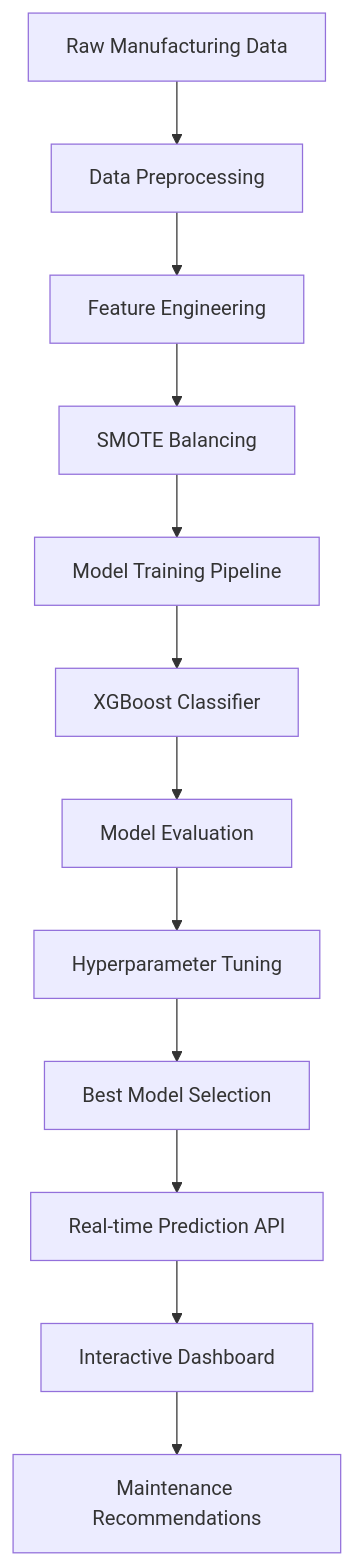
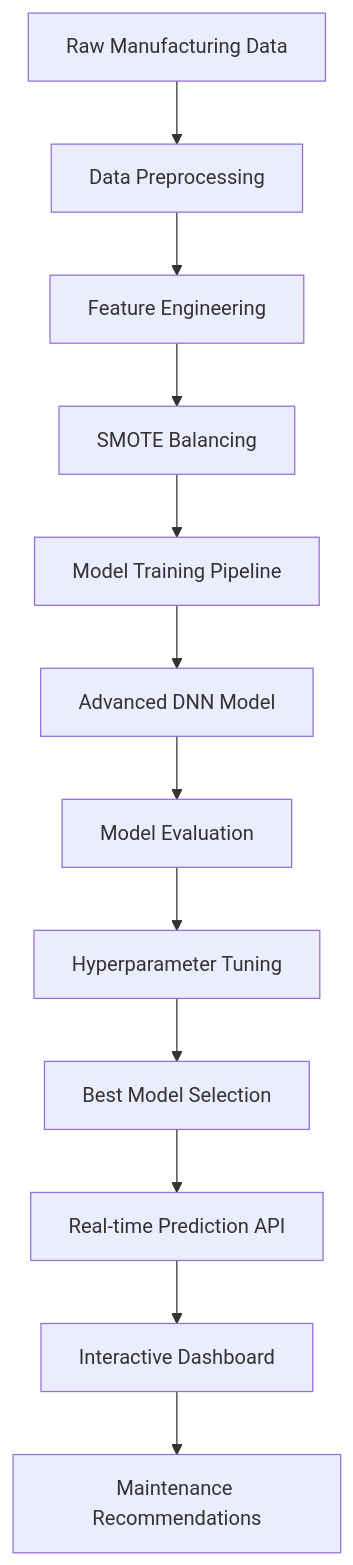
Before and after one commit to Ananddd06/PredictiveMaintenance_AIStudy: the first of 2 diagrams in README.md, drawn with Mermaid. The commit also changed other lines of this file and 9 other files, not shown here.

````diff
--- a/README.md
+++ b/README.md
@@ -107,14 +107,14 @@
 ```mermaid
 graph TB
     A[Raw Manufacturing Data] --> B[Data Preprocessing]
     B --> C[Feature Engineering]
     C --> D[SMOTE Balancing]
     D --> E[Model Training Pipeline]
-    E --> F[XGBoost Classifier]
+    E --> F[Advanced DNN Model]
     F --> G[Model Evaluation]
     G --> H[Hyperparameter Tuning]
     H --> I[Best Model Selection]
     I --> J[Real-time Prediction API]
     J --> K[Interactive Dashboard]
     K --> L[Maintenance Recommendations]
 ```
````
